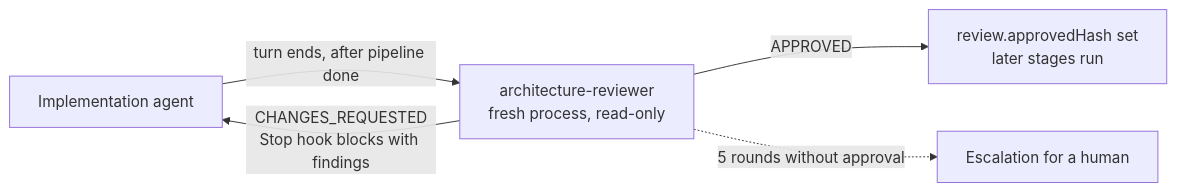
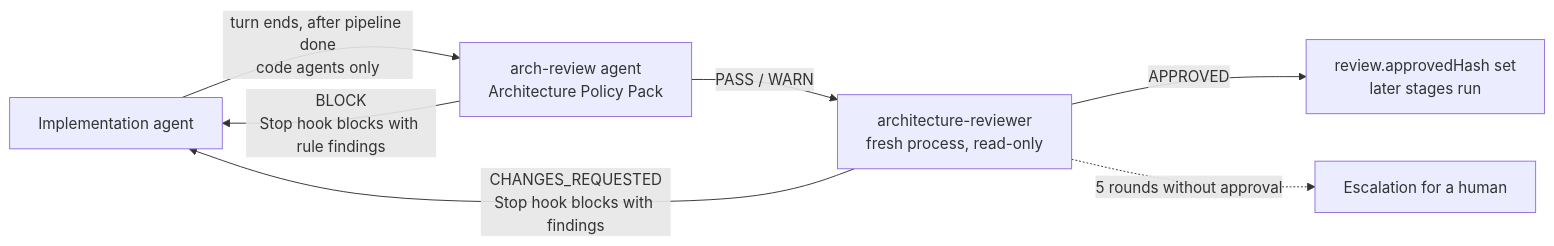
The diagram in docs/ai-pipeline/review.md (dotnet/eShop), drawn with Mermaid before and after one commit. The commit also changed other lines of this file and 75 other files, not shown here.

First line of the commit message:
Add Architecture Policy Pack and arch-review agent gating code agents before completion

````diff
--- a/docs/ai-pipeline/review.md
+++ b/docs/ai-pipeline/review.md
@@ -5,7 +5,9 @@
 ```mermaid
 flowchart LR
-  I[Implementation agent] -->|turn ends, after pipeline done| R[architecture-reviewer<br/>fresh process, read-only]
+  I[Implementation agent] -->|turn ends, after pipeline done<br/>code agents only| G[arch-review agent<br/>Architecture Policy Pack]
+  G -->|BLOCK<br/>Stop hook blocks with rule findings| I
+  G -->|PASS / WARN| R[architecture-reviewer<br/>fresh process, read-only]
   R -->|CHANGES_REQUESTED<br/>Stop hook blocks with findings| I
   R -->|APPROVED| A[review.approvedHash set<br/>later stages run]
   R -.->|5 rounds without approval| E[Escalation for a human]
 ```
````
